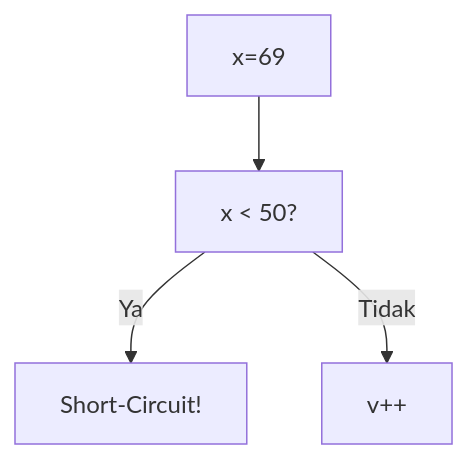
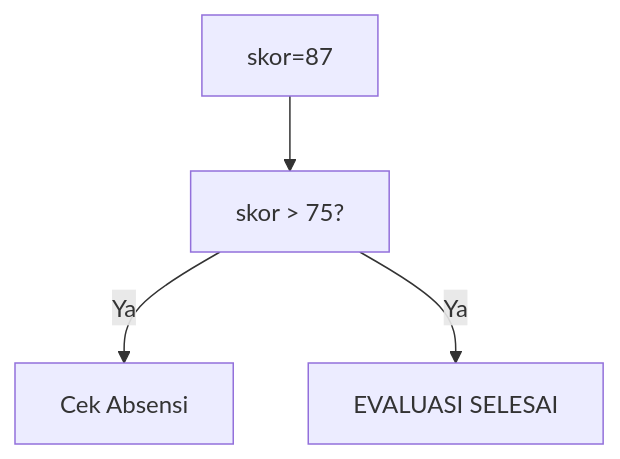
One commit to amnahwaida/OSNK_INF_PREP changed the first of 25 diagrams in part-c-pemahaman-cpp/02-percabangan/latihan/set-01.md. Above: the diagram before and after it, drawn with Mermaid. The commit also changed other lines of this file and 71 other files, not shown here.

````diff
--- a/part-c-pemahaman-cpp/02-percabangan/latihan/set-01.md
+++ b/part-c-pemahaman-cpp/02-percabangan/latihan/set-01.md
@@ -21,6 +22,6 @@
 ```mermaid
 graph TD
-A["x=69"] --> B["x < 50?"]
-B -- Ya --> C["Short-Circuit!"]
-B -- Tidak --> D["v++"]
+A["skor=87"] --> B["skor > 75?"]
+B -- Ya --> C["Cek Absensi"]
+B -- Ya --> D["EVALUASI SELESAI"]
 ```
````
